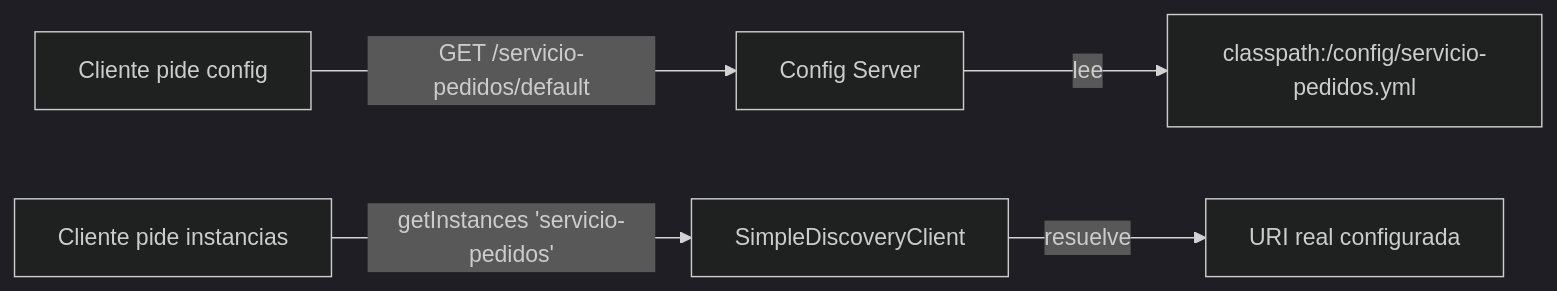
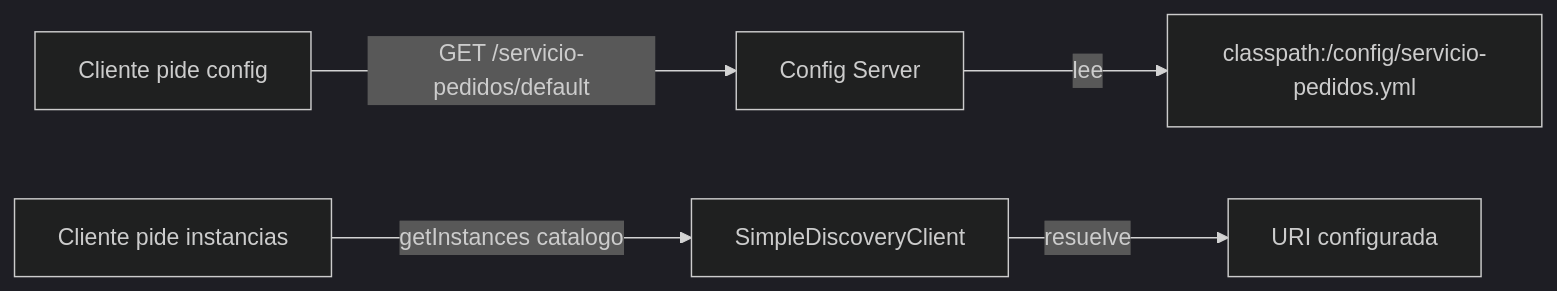
One commit to NICORUIZ93/The_Imperial_Book changed the first of 8 diagrams in web/public/content/spring-boot/modulo-10.md. Above: the diagram before and after it, drawn with Mermaid (dark theme). The commit also changed other lines of this file and 16 other files, not shown here.

````diff
--- a/web/public/content/spring-boot/modulo-10.md
+++ b/web/public/content/spring-boot/modulo-10.md
@@ -30,7 +188,7 @@
 ```mermaid
 flowchart LR
   C[Cliente pide config] -->|GET /servicio-pedidos/default| S[Config Server]
   S -->|lee| F[classpath:/config/servicio-pedidos.yml]
-  D[Cliente pide instancias] -->|getInstances 'servicio-pedidos'| DC[SimpleDiscoveryClient]
-  DC -->|resuelve| U[URI real configurada]
+  D[Cliente pide instancias] -->|getInstances catalogo| DC[SimpleDiscoveryClient]
+  DC -->|resuelve| U[URI configurada]
 ```
````
